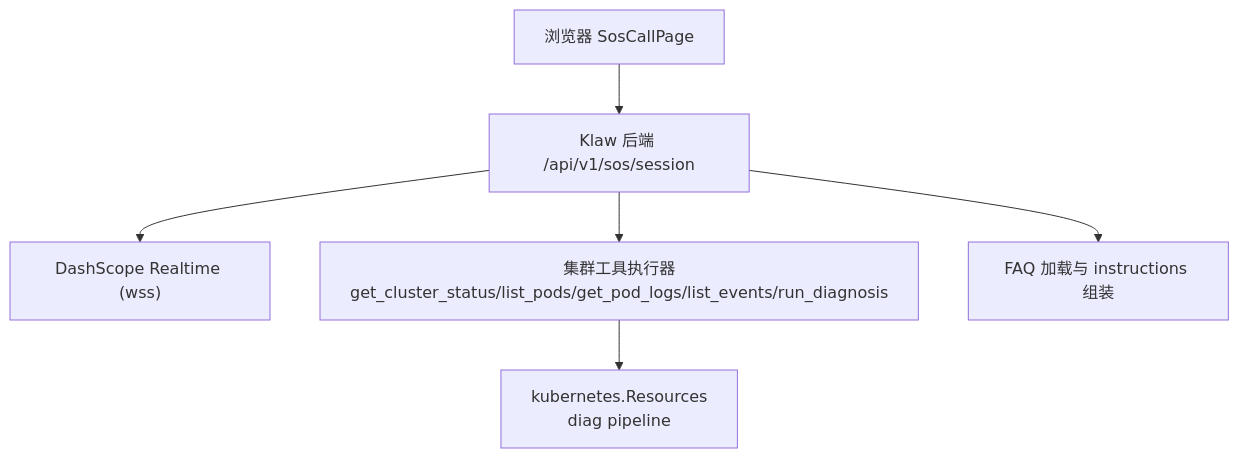
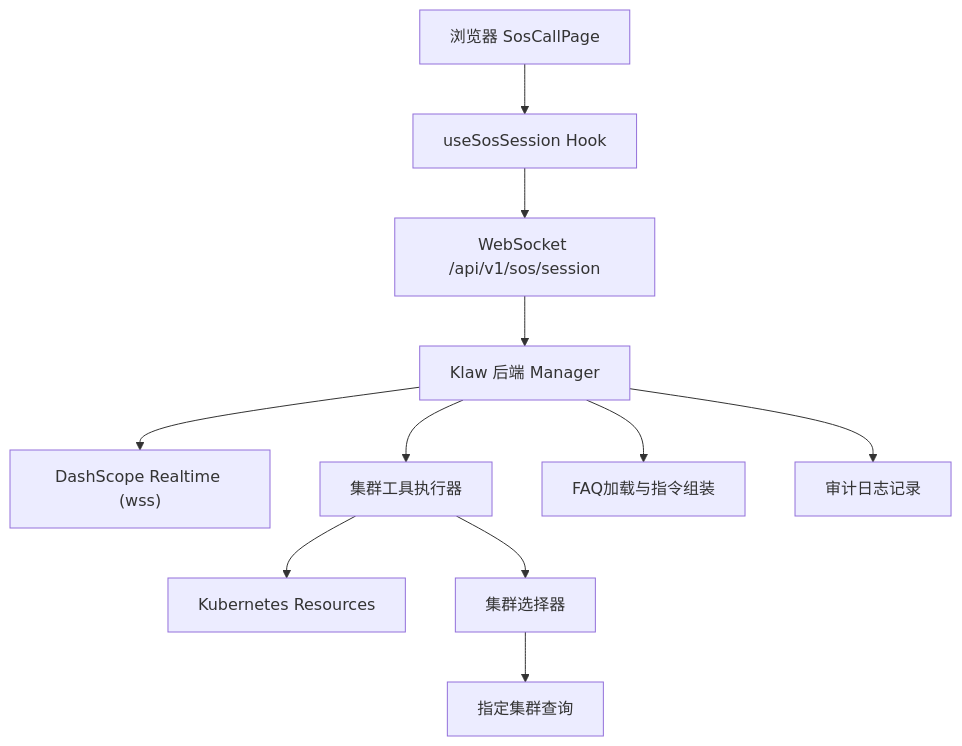
The first of 3 diagrams in .qoder/repowiki/zh/content/核心功能/SOS紧急语音对话模式.md (kudig-io/klaw), drawn with Mermaid before and after one commit. The commit also changed other lines of this file and 257 other files, not shown here.

````diff
--- a/.qoder/repowiki/zh/content/核心功能/SOS紧急语音对话模式.md
+++ b/.qoder/repowiki/zh/content/核心功能/SOS紧急语音对话模式.md
@@ -38,8 +55,13 @@
 ```mermaid
 graph TB
-A["浏览器 SosCallPage"] --> B["Klaw 后端 /api/v1/sos/session"]
-B --> C["DashScope Realtime (wss)"]
-B --> D["集群工具执行器<br/>get_cluster_status/list_pods/get_pod_logs/list_events/run_diagnosis"]
-B --> E["FAQ 加载与 instructions 组装"]
-D --> F["kubernetes.Resources<br/>diag pipeline"]
+A["浏览器 SosCallPage"] --> B["useSosSession Hook"]
+B --> C["WebSocket /api/v1/sos/session"]
+C --> D["Klaw 后端 Manager"]
+D --> E["DashScope Realtime (wss)"]
+D --> F["集群工具执行器"]
+F --> G["Kubernetes Resources"]
+D --> H["FAQ加载与指令组装"]
+D --> I["审计日志记录"]
+F --> J["集群选择器"]
+J --> K["指定集群查询"]
 ```
````
